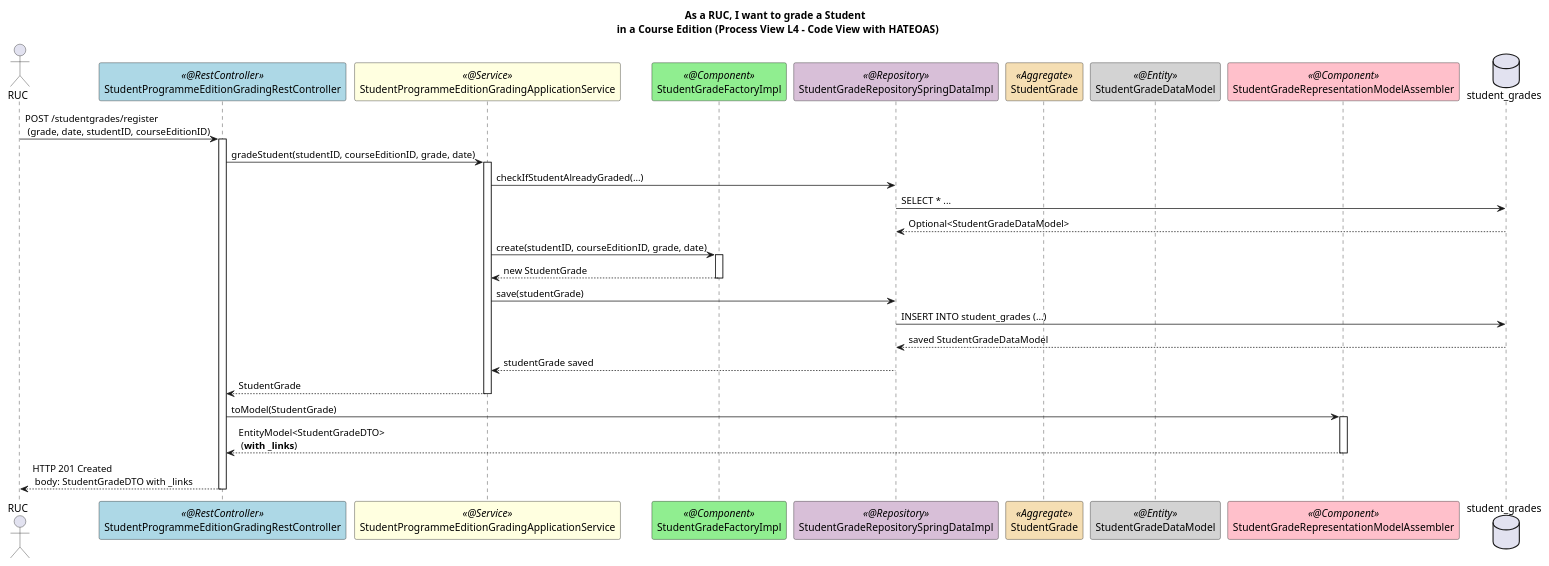
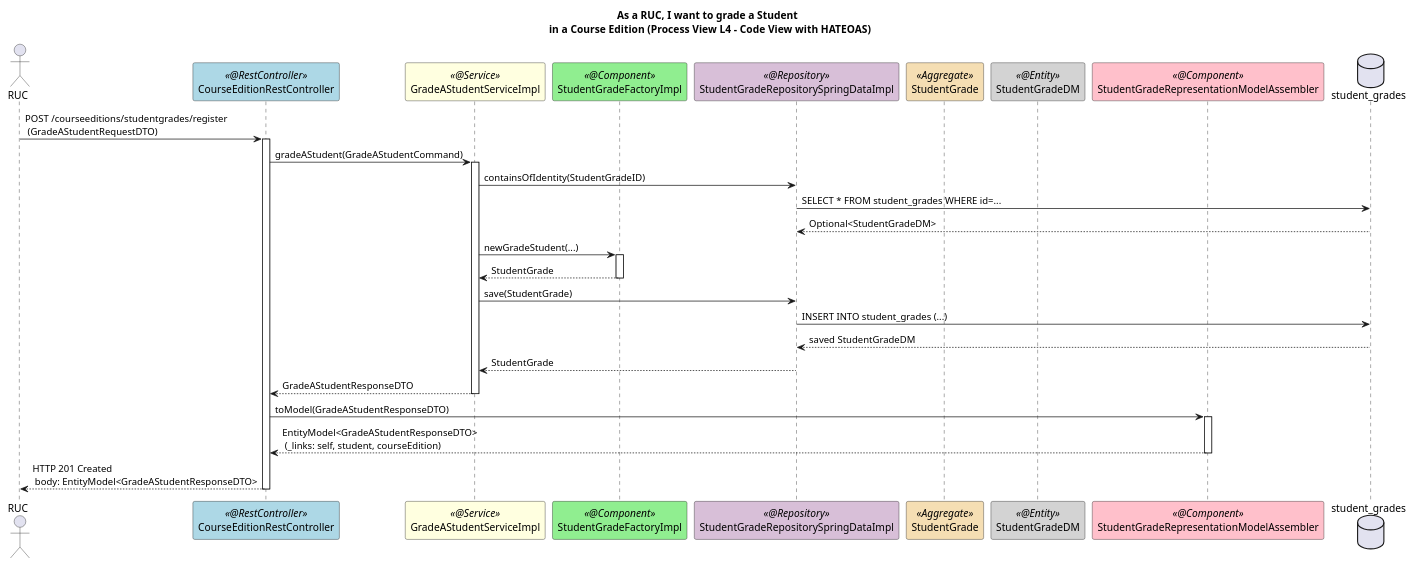
Before and after one commit to GasparISEP/DevOps-PAI: the diagram in docs/US22/Sprint7/ProcessView/Level4.puml, drawn with PlantUML.

Commit message:
Implement HATEOAS for Grade a Student in a Course Edition - update Process View Level 4 diagram (Issue #685)

```diff
--- a/docs/US22/Sprint7/ProcessView/Level4.puml
+++ b/docs/US22/Sprint7/ProcessView/Level4.puml
@@ -1,45 +1,46 @@
 @startuml
 title As a RUC, I want to grade a Student \n in a Course Edition (Process View L4 – Code View with HATEOAS)
 
 actor RUC
 
-participant "StudentProgrammeEditionGradingRestController" as controller <<@RestController>> #lightblue
-participant "StudentProgrammeEditionGradingApplicationService" as service <<@Service>> #lightyellow
+participant "CourseEditionRestController" as controller <<@RestController>> #lightblue
+participant "GradeAStudentServiceImpl" as service <<@Service>> #lightyellow
 participant "StudentGradeFactoryImpl" as factory <<@Component>> #lightgreen
 participant "StudentGradeRepositorySpringDataImpl" as repoAdapter <<@Repository>> #thistle
 participant "StudentGrade" as domain <<Aggregate>> #wheat
-participant "StudentGradeDataModel" as dataModel <<@Entity>> #lightgray
+participant "StudentGradeDM" as dataModel <<@Entity>> #lightgray
 participant "StudentGradeRepresentationModelAssembler" as assembler <<@Component>> #pink
 database "student_grades" as db
 
-RUC -> controller : POST /studentgrades/register \n (grade, date, studentID, courseEditionID)
+RUC -> controller : POST /courseeditions/studentgrades/register \n (GradeAStudentRequestDTO)
 activate controller
 
-controller -> service : gradeStudent(studentID, courseEditionID, grade, date)
+controller -> service : gradeAStudent(GradeAStudentCommand)
 activate service
 
-service -> repoAdapter : checkIfStudentAlreadyGraded(...)
-repoAdapter -> db : SELECT * ...
-db --> repoAdapter : Optional<StudentGradeDataModel>
+service -> repoAdapter : containsOfIdentity(StudentGradeID)
+repoAdapter -> db : SELECT * FROM student_grades WHERE id=...
+db --> repoAdapter : Optional<StudentGradeDM>
 
-service -> factory : create(studentID, courseEditionID, grade, date)
+service -> factory : newGradeStudent(...)
 activate factory
-factory --> service : new StudentGrade
+factory --> service : StudentGrade
 deactivate factory
 
-service -> repoAdapter : save(studentGrade)
+service -> repoAdapter : save(StudentGrade)
 repoAdapter -> db : INSERT INTO student_grades (...)
-db --> repoAdapter : saved StudentGradeDataModel
-repoAdapter --> service : studentGrade saved
+db --> repoAdapter : saved StudentGradeDM
+repoAdapter --> service : StudentGrade
+deactivate repoAdapter
 
-service --> controller : StudentGrade
+service --> controller : GradeAStudentResponseDTO
 deactivate service
 
-controller -> assembler : toModel(StudentGrade)
+controller -> assembler : toModel(GradeAStudentResponseDTO)
 activate assembler
-assembler --> controller : EntityModel<StudentGradeDTO> \n (**with _links**)
+assembler --> controller : EntityModel<GradeAStudentResponseDTO> \n (_links: self, student, courseEdition)
 deactivate assembler
 
-controller --> RUC : HTTP 201 Created \n body: StudentGradeDTO with _links
+controller --> RUC : HTTP 201 Created \n body: EntityModel<GradeAStudentResponseDTO>
 deactivate controller
 @enduml
```
